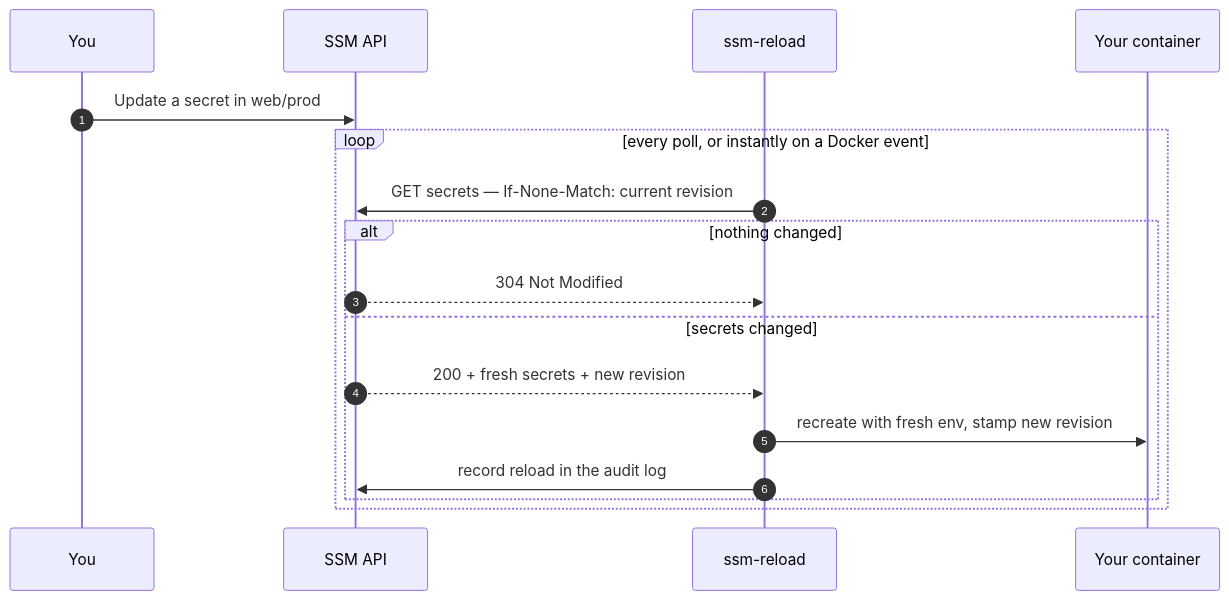
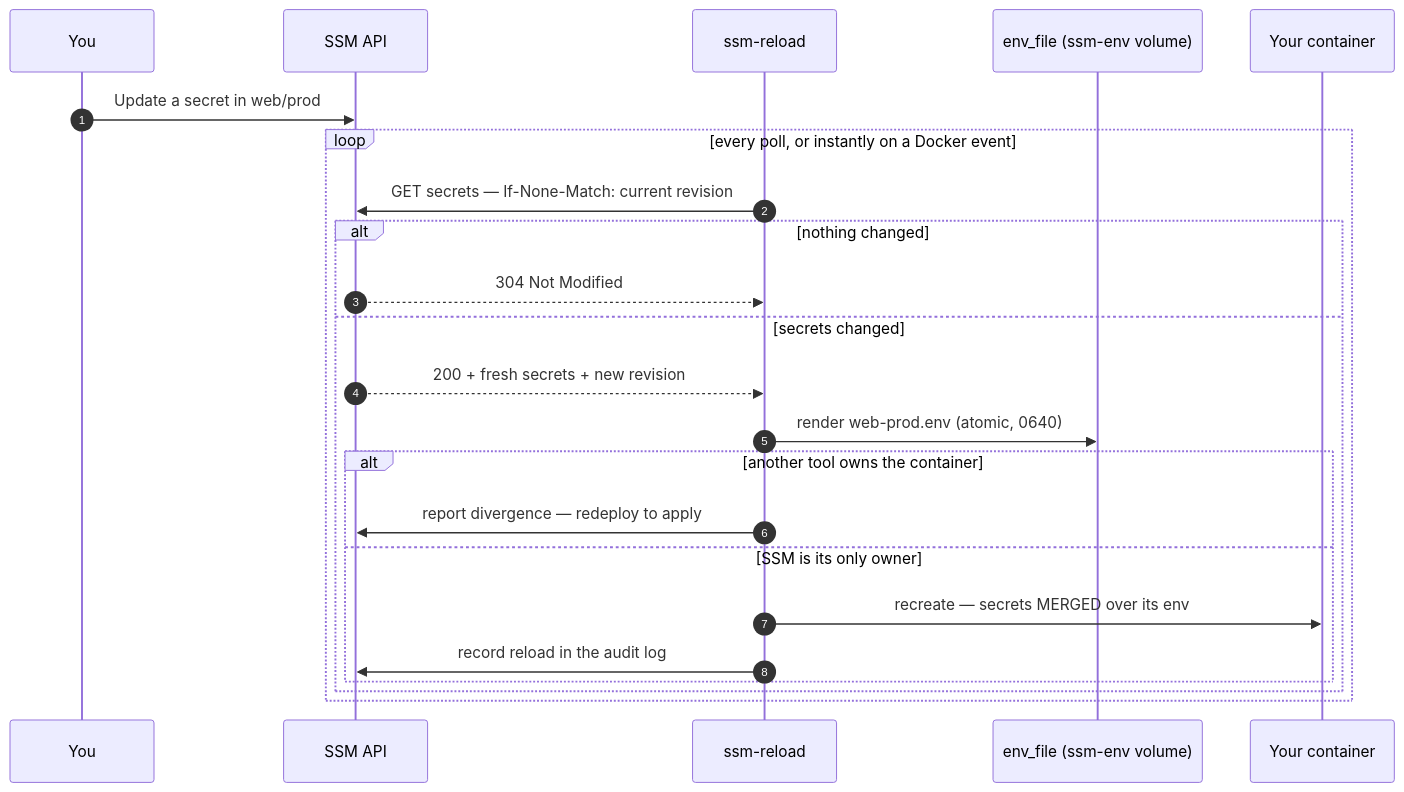
Before and after one commit to bearlike/Simple-Secrets-Manager: the second of 3 diagrams in docs/SECRETS_RELOADER.md, drawn with Mermaid. The commit also changed other lines of this file and 174 other files, not shown here.

````diff
--- a/docs/SECRETS_RELOADER.md
+++ b/docs/SECRETS_RELOADER.md
@@ -64,20 +83,26 @@
 ```mermaid
 sequenceDiagram
     autonumber
     participant You as You
     participant SSM as SSM API
     participant R as ssm-reload
+    participant F as env_file (ssm-env volume)
     participant C as Your container
 
     You->>SSM: Update a secret in web/prod
     loop every poll, or instantly on a Docker event
         R->>SSM: GET secrets — If-None-Match: current revision
         alt nothing changed
             SSM-->>R: 304 Not Modified
         else secrets changed
             SSM-->>R: 200 + fresh secrets + new revision
-            R->>C: recreate with fresh env, stamp new revision
-            R->>SSM: record reload in the audit log
+            R->>F: render web-prod.env (atomic, 0640)
+            alt another tool owns the container
+                R->>SSM: report divergence — redeploy to apply
+            else SSM is its only owner
+                R->>C: recreate — secrets MERGED over its env
+                R->>SSM: record reload in the audit log
+            end
         end
     end
 ```
````
